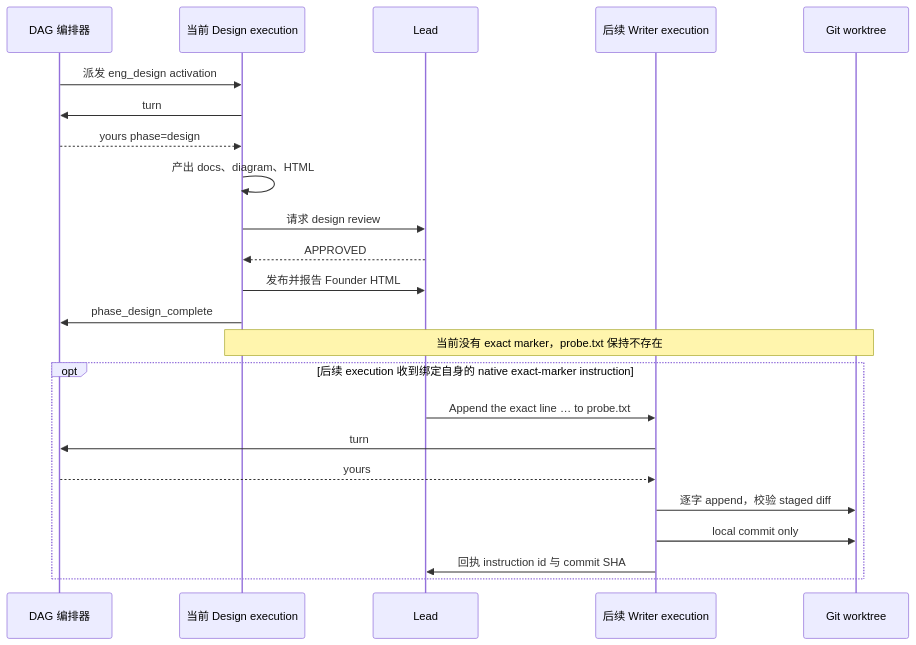
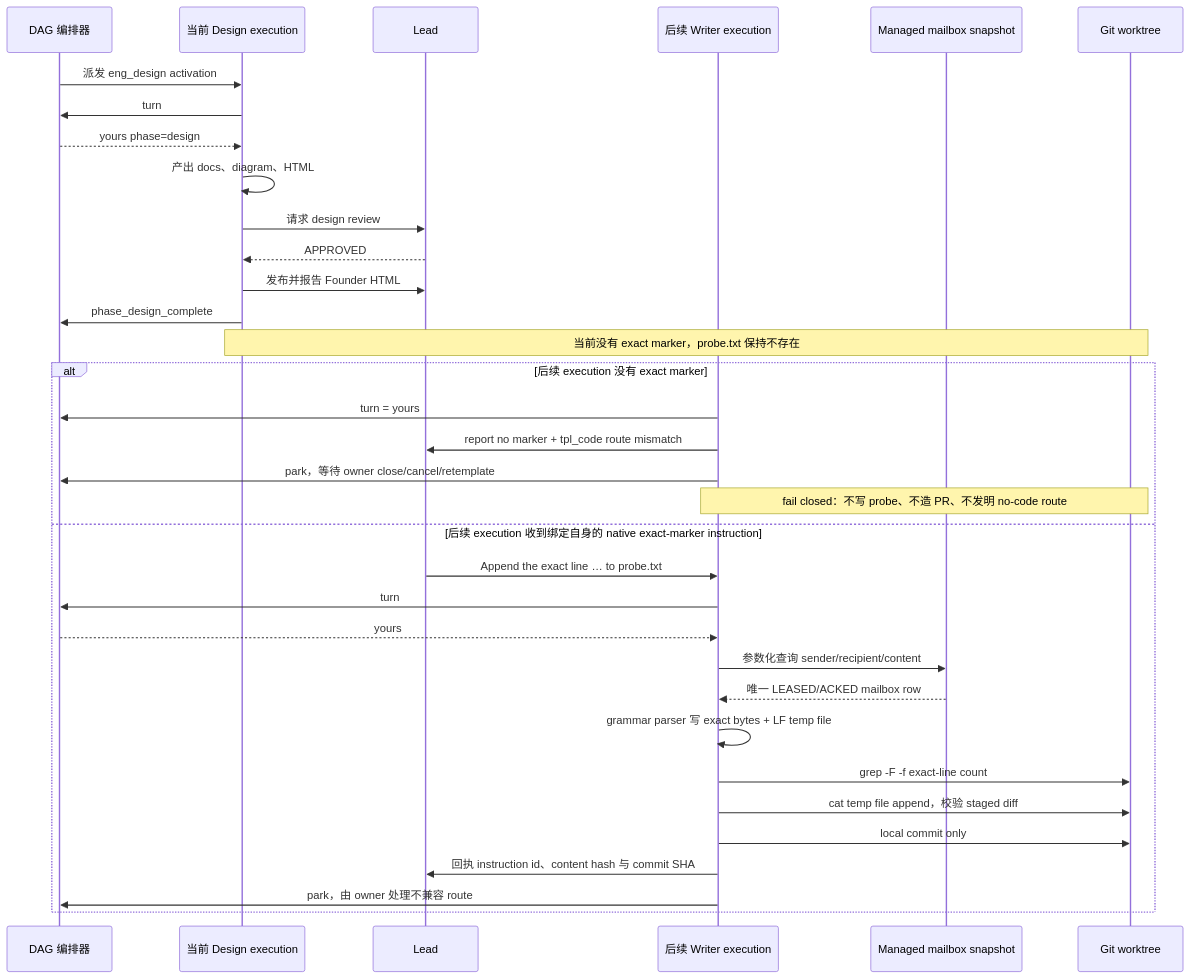
One commit to xrliAnnie/flywheel-qa-sandbox changed the diagram in engineering/doc/FLY-3125-native-transport-canary/core-flow.mmd. Above: the diagram before and after it, drawn with Mermaid. The commit also changed 6 other files, not shown here.

```diff
--- a/engineering/doc/FLY-3125-native-transport-canary/core-flow.mmd
+++ b/engineering/doc/FLY-3125-native-transport-canary/core-flow.mmd
@@ -1,25 +1,36 @@
 sequenceDiagram
     participant O as DAG 编排器
     participant D as 当前 Design execution
     participant L as Lead
     participant W as 后续 Writer execution
+    participant S as Managed mailbox snapshot
     participant G as Git worktree
 
     O->>D: 派发 eng_design activation
     D->>O: turn
     O-->>D: yours phase=design
     D->>D: 产出 docs、diagram、HTML
     D->>L: 请求 design review
     L-->>D: APPROVED
     D->>L: 发布并报告 Founder HTML
     D->>O: phase_design_complete
     Note over D,G: 当前没有 exact marker，probe.txt 保持不存在
 
-    opt 后续 execution 收到绑定自身的 native exact-marker instruction
+    alt 后续 execution 没有 exact marker
+        W->>O: turn = yours
+        W->>L: report no marker + tpl_code route mismatch
+        W->>O: park，等待 owner close/cancel/retemplate
+        Note over W,G: fail closed：不写 probe、不造 PR、不发明 no-code route
+    else 后续 execution 收到绑定自身的 native exact-marker instruction
         L->>W: Append the exact line … to probe.txt
         W->>O: turn
         O-->>W: yours
-        W->>G: 逐字 append，校验 staged diff
+        W->>S: 参数化查询 sender/recipient/content
+        S-->>W: 唯一 LEASED/ACKED mailbox row
+        W->>W: grammar parser 写 exact bytes + LF temp file
+        W->>G: grep -F -f exact-line count
+        W->>G: cat temp file append，校验 staged diff
         W->>G: local commit only
-        W->>L: 回执 instruction id 与 commit SHA
+        W->>L: 回执 instruction id、content hash 与 commit SHA
+        W->>O: park，由 owner 处理不兼容 route
     end
```
